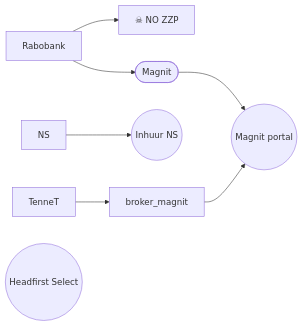
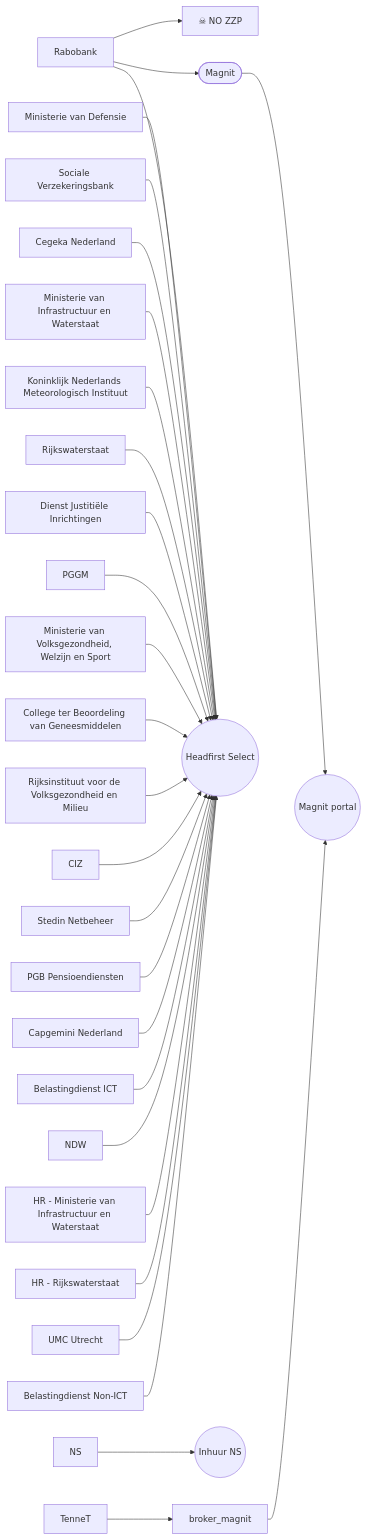
Before and after one commit to bneijt/zzp_inhuur_diagram: the second of 2 diagrams in README.md, drawn with Mermaid.

Commit message:
Add headfirst select customer base

````diff
--- a/README.md
+++ b/README.md
@@ -16,25 +16,73 @@
 ```mermaid
 flowchart LR
-    state_no_zzp["☠ NO ZZP"]
-    klant_rabobank["Rabobank"]
-    klant_ns["NS"]
-    klant_tennet["TenneT"]
+state_no_zzp["☠ NO ZZP"]
+klant_rabobank["Rabobank"]
+klant_ns["NS"]
+klant_tennet["TenneT"]
 
-    boker_magnit([Magnit])
+klant_rabobank["Rabobank"]
+klant_ministerie_van_defensie["Ministerie van Defensie"]
+klant_sociale_verzekeringsbank["Sociale Verzekeringsbank"]
+klant_cegeka_nederland["Cegeka Nederland"]
+klant_ministerie_van_infrastructuur_en_waterstaat["Ministerie van Infrastructuur en Waterstaat"]
+klant_koninklijk_nederlands_meteorologisch_instituut["Koninklijk Nederlands Meteorologisch Instituut"]
+klant_rijkswaterstaat["Rijkswaterstaat"]
+klant_dienst_justitiële_inrichtingen["Dienst Justitiële Inrichtingen"]
+klant_pggm["PGGM"]
+klant_ministerie_van_volksgezondheid,_welzijn_en_sport["Ministerie van Volksgezondheid, Welzijn en Sport"]
+klant_college_ter_beoordeling_van_geneesmiddelen["College ter Beoordeling van Geneesmiddelen"]
+klant_rijksinstituut_voor_de_volksgezondheid_en_milieu["Rijksinstituut voor de Volksgezondheid en Milieu"]
+klant_ciz["CIZ"]
+klant_stedin_netbeheer["Stedin Netbeheer"]
+klant_pgb_pensioendiensten["PGB Pensioendiensten"]
+klant_capgemini_nederland_["Capgemini Nederland "]
+klant_belastingdienst_ict["Belastingdienst ICT"]
+klant_ndw["NDW"]
+klant_hr_ministerie_van_infrastructuur_en_waterstaat["HR - Ministerie van Infrastructuur en Waterstaat"]
+klant_hr_rijkswaterstaat["HR - Rijkswaterstaat"]
+klant_umc_utrecht["UMC Utrecht"]
+klant_belastingdienst_non_ict["Belastingdienst Non-ICT"]
 
-    das_headfirst_select((Headfirst Select))
-    click das_headfirst "https://platform.select.hr/" "https://platform.select.hr/"
-    das_ns(("Inhuur NS"))
-    click das_ns "https://inhuur-ns.my.site.com/" "https://inhuur-ns.my.site.com/"
+boker_magnit([Magnit])
 
-    das_magnit(("Magnit portal"))
-    click das_ns "https://portal.magnitglobal.com/" "https://portal.magnitglobal.com/"
+das_headfirst_select((Headfirst Select))
+click das_headfirst "https://platform.select.hr/" "https://platform.select.hr/"
+das_ns(("Inhuur NS"))
+click das_ns "https://inhuur-ns.my.site.com/" "https://inhuur-ns.my.site.com/"
+
+das_magnit(("Magnit portal"))
+click das_ns "https://portal.magnitglobal.com/" "https://portal.magnitglobal.com/"
 
 
-    klant_rabobank --> state_no_zzp
-    klant_rabobank --> boker_magnit --> das_magnit
+klant_rabobank --> state_no_zzp
+klant_rabobank --> boker_magnit --> das_magnit
 
-    klant_ns --> das_ns
+klant_ns --> das_ns
 
-    klant_tennet --> broker_magnit --> das_magnit
+klant_tennet --> broker_magnit --> das_magnit
+
+klant_rabobank --> das_headfirst_select
+klant_ministerie_van_defensie --> das_headfirst_select
+klant_sociale_verzekeringsbank --> das_headfirst_select
+klant_cegeka_nederland --> das_headfirst_select
+klant_ministerie_van_infrastructuur_en_waterstaat --> das_headfirst_select
+klant_koninklijk_nederlands_meteorologisch_instituut --> das_headfirst_select
+klant_rijkswaterstaat --> das_headfirst_select
+klant_dienst_justitiële_inrichtingen --> das_headfirst_select
+klant_pggm --> das_headfirst_select
+klant_ministerie_van_volksgezondheid,_welzijn_en_sport --> das_headfirst_select
+klant_college_ter_beoordeling_van_geneesmiddelen --> das_headfirst_select
+klant_rijksinstituut_voor_de_volksgezondheid_en_milieu --> das_headfirst_select
+klant_ciz --> das_headfirst_select
+klant_stedin_netbeheer --> das_headfirst_select
+klant_pgb_pensioendiensten --> das_headfirst_select
+klant_capgemini_nederland_ --> das_headfirst_select
+klant_belastingdienst_ict --> das_headfirst_select
+klant_ndw --> das_headfirst_select
+klant_hr_ministerie_van_infrastructuur_en_waterstaat --> das_headfirst_select
+klant_hr_rijkswaterstaat --> das_headfirst_select
+klant_umc_utrecht --> das_headfirst_select
+klant_belastingdienst_non_ict --> das_headfirst_select
+
+
 ```
````
